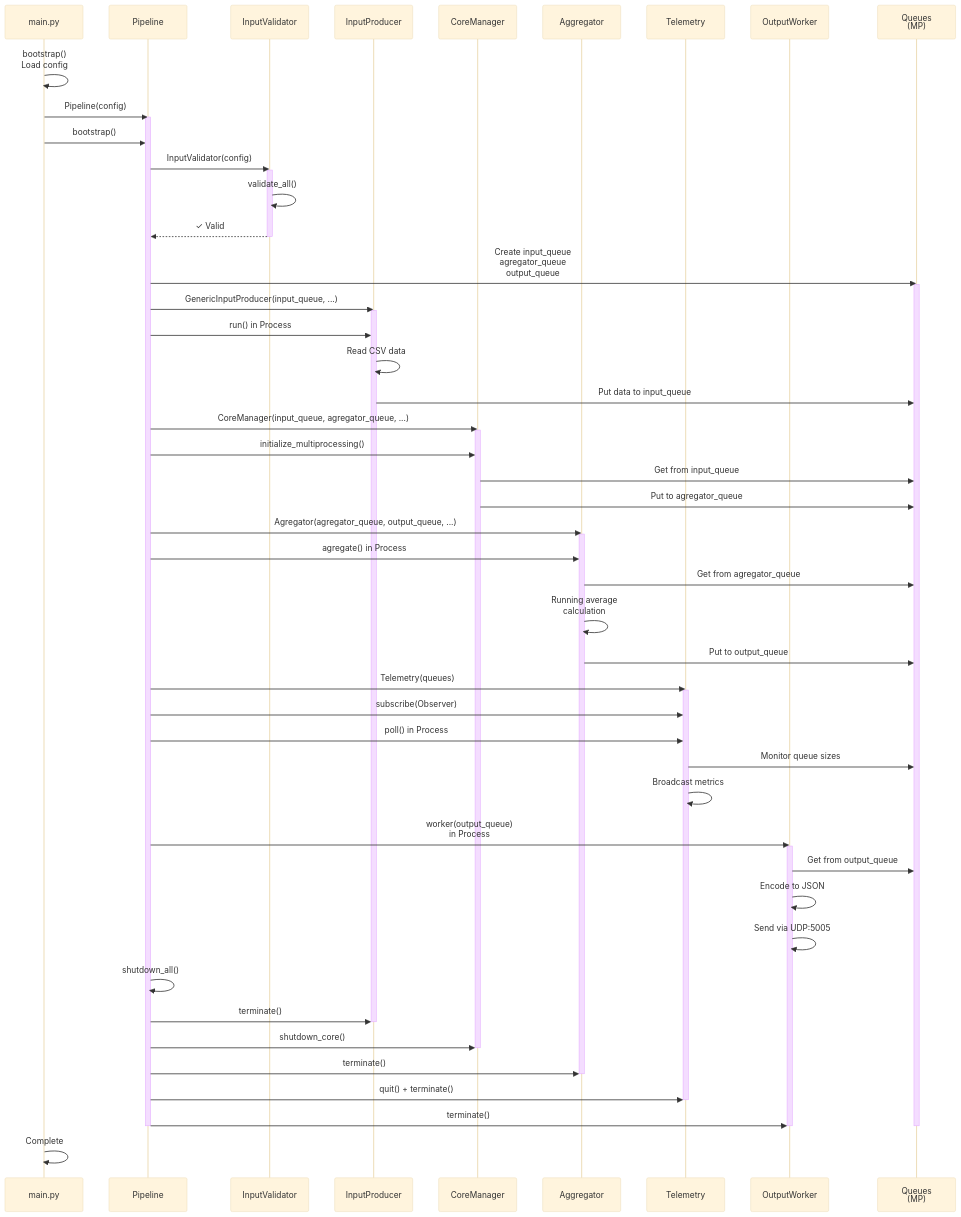
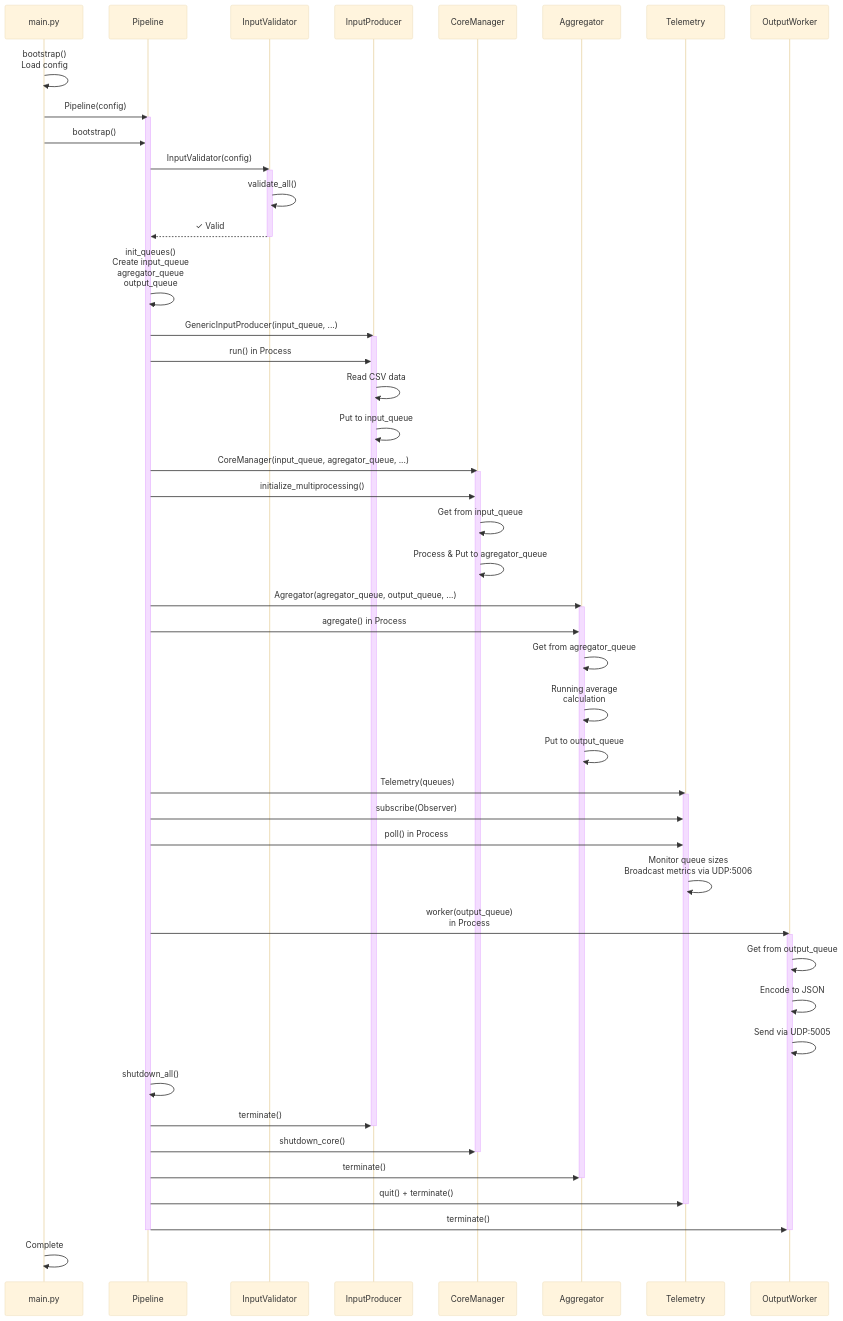
The diagram in docs/sequence_diagram.mmd (AR-Collective/SDA-Proj), drawn with Mermaid (base theme) before and after one commit.

Commit message:
update seq diag

```diff
--- a/docs/sequence_diagram.mmd
+++ b/docs/sequence_diagram.mmd
@@ -1,74 +1,70 @@
 sequenceDiagram
     participant Main as main.py
     participant Pipeline
     participant InputValidator
     participant InputProducer
     participant CoreManager
     participant Aggregator
     participant Telemetry
     participant OutputWorker
-    participant Queues as Queues<br/>(MP)
 
     Main->>Main: bootstrap()<br/>Load config
 
     Main->>Pipeline: Pipeline(config)
     activate Pipeline
 
     Main->>Pipeline: bootstrap()
     
     Pipeline->>InputValidator: InputValidator(config)
     activate InputValidator
     InputValidator->>InputValidator: validate_all()
     InputValidator-->>Pipeline: ✓ Valid
     deactivate InputValidator
 
-    Pipeline->>Queues: Create input_queue<br/>agregator_queue<br/>output_queue
-    activate Queues
+    Pipeline->>Pipeline: init_queues()<br/>Create input_queue<br/>agregator_queue<br/>output_queue
     
     Pipeline->>InputProducer: GenericInputProducer(input_queue, ...)
     activate InputProducer
     Pipeline->>InputProducer: run() in Process
     InputProducer->>InputProducer: Read CSV data
-    InputProducer->>Queues: Put data to input_queue
+    InputProducer->>InputProducer: Put to input_queue
     
     Pipeline->>CoreManager: CoreManager(input_queue, agregator_queue, ...)
     activate CoreManager
     Pipeline->>CoreManager: initialize_multiprocessing()
-    CoreManager->>Queues: Get from input_queue
-    CoreManager->>Queues: Put to agregator_queue
+    CoreManager->>CoreManager: Get from input_queue
+    CoreManager->>CoreManager: Process & Put to agregator_queue
     
     Pipeline->>Aggregator: Agregator(agregator_queue, output_queue, ...)
     activate Aggregator
     Pipeline->>Aggregator: agregate() in Process
-    Aggregator->>Queues: Get from agregator_queue
+    Aggregator->>Aggregator: Get from agregator_queue
     Aggregator->>Aggregator: Running average<br/>calculation
-    Aggregator->>Queues: Put to output_queue
+    Aggregator->>Aggregator: Put to output_queue
     
     Pipeline->>Telemetry: Telemetry(queues)
     activate Telemetry
     Pipeline->>Telemetry: subscribe(Observer)
     Pipeline->>Telemetry: poll() in Process
-    Telemetry->>Queues: Monitor queue sizes
-    Telemetry->>Telemetry: Broadcast metrics
+    Telemetry->>Telemetry: Monitor queue sizes<br/>Broadcast metrics via UDP:5006
     
     Pipeline->>OutputWorker: worker(output_queue)<br/>in Process
     activate OutputWorker
-    OutputWorker->>Queues: Get from output_queue
+    OutputWorker->>OutputWorker: Get from output_queue
     OutputWorker->>OutputWorker: Encode to JSON
     OutputWorker->>OutputWorker: Send via UDP:5005
     
     Pipeline->>Pipeline: shutdown_all()
     Pipeline->>InputProducer: terminate()
     deactivate InputProducer
     Pipeline->>CoreManager: shutdown_core()
     deactivate CoreManager
     Pipeline->>Aggregator: terminate()
     deactivate Aggregator
     Pipeline->>Telemetry: quit() + terminate()
     deactivate Telemetry
     Pipeline->>OutputWorker: terminate()
     deactivate OutputWorker
     
-    deactivate Queues
     deactivate Pipeline
     Main->>Main: Complete
```
